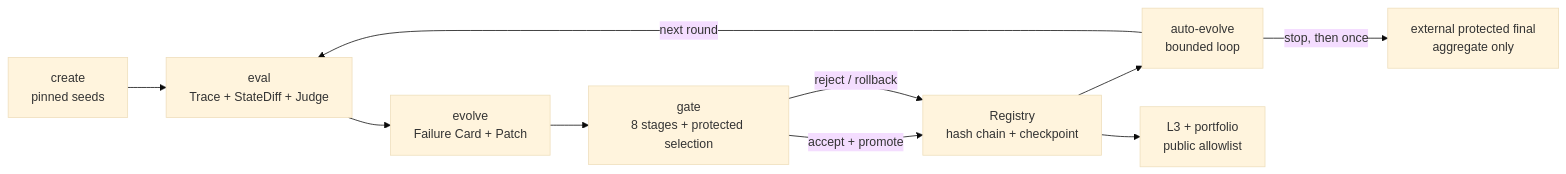
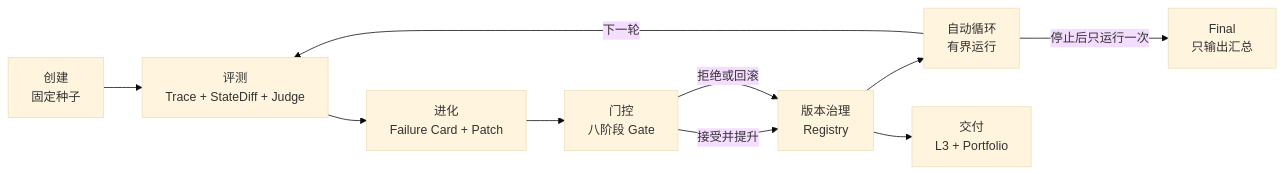
Before and after one commit to TangWiki-Ai/learn-self-evolving-skills: the diagram in README.md, drawn with Mermaid (base theme). The commit also changed other lines of this file and 3 other files, not shown here.

````diff
--- a/README.md
+++ b/README.md
@@ -13,12 +39,12 @@
 ```mermaid
 flowchart LR
-    A["create<br/>pinned seeds"] --> B["eval<br/>Trace + StateDiff + Judge"]
-    B --> C["evolve<br/>Failure Card + Patch"]
-    C --> D["gate<br/>8 stages + protected selection"]
-    D -->|"accept + promote"| E["Registry<br/>hash chain + checkpoint"]
-    D -->|"reject / rollback"| E
-    E --> F["auto-evolve<br/>bounded loop"]
-    F -->|"next round"| B
-    F -->|"stop, then once"| G["external protected final<br/>aggregate only"]
-    E --> H["L3 + portfolio<br/>public allowlist"]
+    A["创建<br/>固定种子"] --> B["评测<br/>Trace + StateDiff + Judge"]
+    B --> C["进化<br/>Failure Card + Patch"]
+    C --> D["门控<br/>八阶段 Gate"]
+    D -->|接受并提升| E["版本治理<br/>Registry"]
+    D -->|拒绝或回滚| E
+    E --> F["自动循环<br/>有界运行"]
+    F -->|下一轮| B
+    F -->|停止后只运行一次| G["Final<br/>只输出汇总"]
+    E --> H["交付<br/>L3 + Portfolio"]
 ```
````
